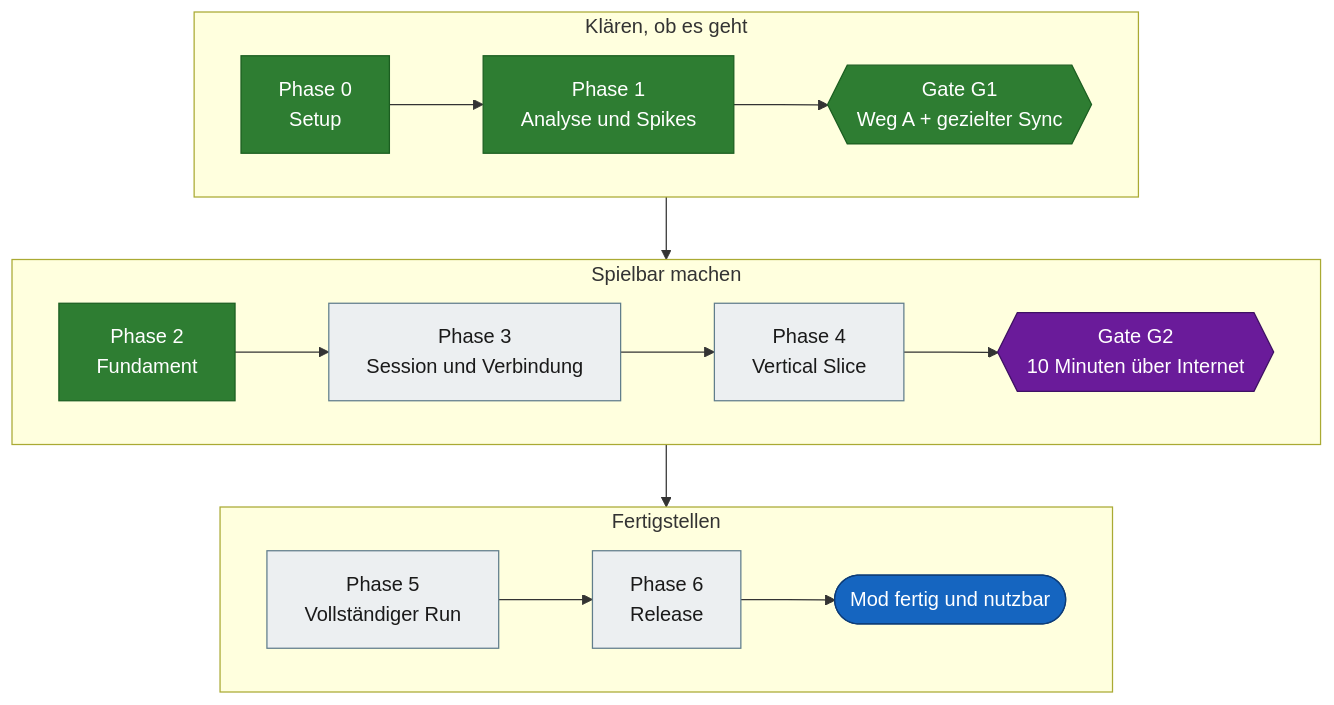
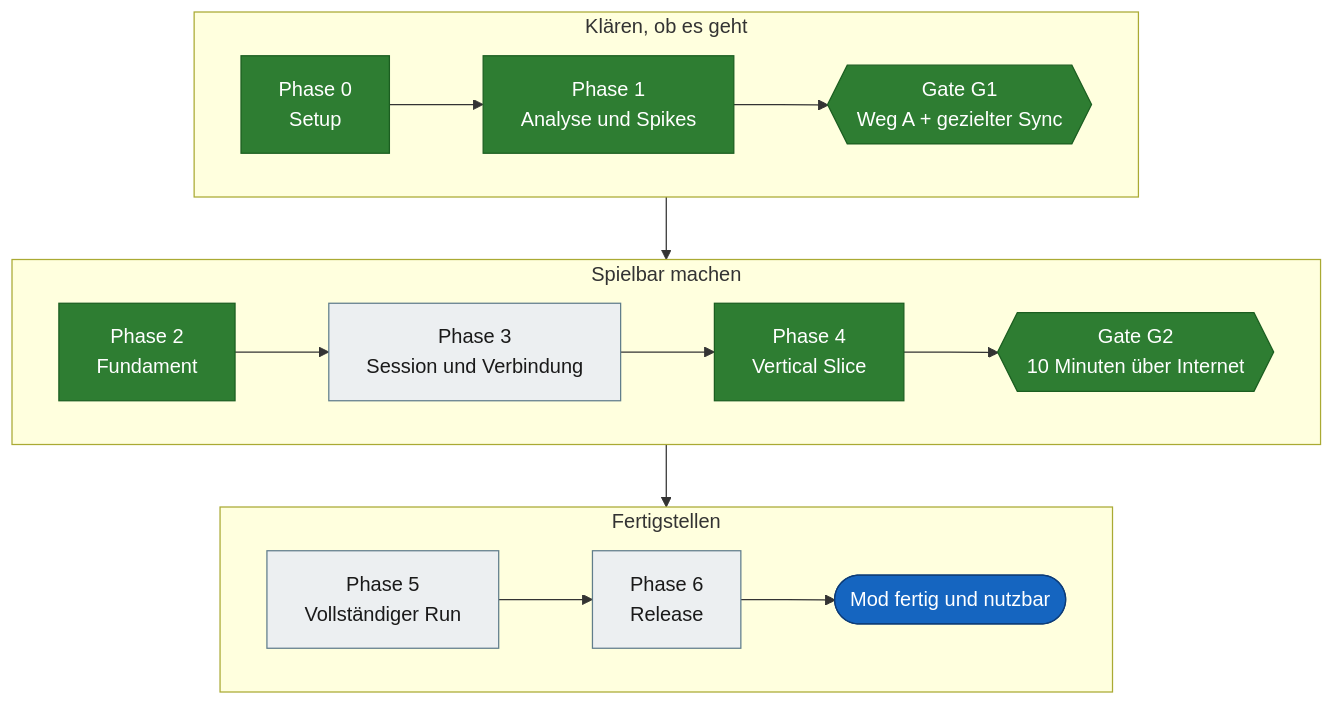
One commit to VitaminStack/Deadly-Days-Roadtrip-Multiplayer-Mod changed the first of 4 diagrams in docs/ROADMAP.md. Above: the diagram before and after it, drawn with Mermaid. The commit also changed other lines of this file and 4 other files, not shown here.

````diff
--- a/docs/ROADMAP.md
+++ b/docs/ROADMAP.md
@@ -137,25 +138,25 @@
 ```mermaid
 flowchart TD
     subgraph A["Klären, ob es geht"]
         direction LR
         P0["Phase 0<br/>Setup"]:::done --> P1["Phase 1<br/>Analyse und Spikes"]:::done --> G1{{"Gate G1<br/>Weg A + gezielter Sync"}}:::done
     end
 
     subgraph B["Spielbar machen"]
         direction LR
-        P2["Phase 2<br/>Fundament"]:::done --> P3["Phase 3<br/>Session und Verbindung"]:::open --> P4["Phase 4<br/>Vertical Slice"]:::open --> G2{{"Gate G2<br/>10 Minuten über Internet"}}:::gate
+        P2["Phase 2<br/>Fundament"]:::done --> P3["Phase 3<br/>Session und Verbindung"]:::open --> P4["Phase 4<br/>Vertical Slice"]:::done --> G2{{"Gate G2<br/>10 Minuten über Internet"}}:::done
     end
 
     subgraph C["Fertigstellen"]
         direction LR
         P5["Phase 5<br/>Vollständiger Run"]:::open --> P6["Phase 6<br/>Release"]:::open --> Z(["Mod fertig und nutzbar"]):::goal
     end
 
     A --> B --> C
 
     classDef done fill:#2e7d32,stroke:#1b5e20,color:#ffffff
     classDef wip fill:#f9a825,stroke:#b27a00,color:#1a1a1a
     classDef open fill:#eceff1,stroke:#607d8b,color:#1a1a1a
     classDef gate fill:#6a1b9a,stroke:#3e1163,color:#ffffff
     classDef goal fill:#1565c0,stroke:#0d3c78,color:#ffffff
 ```
````
